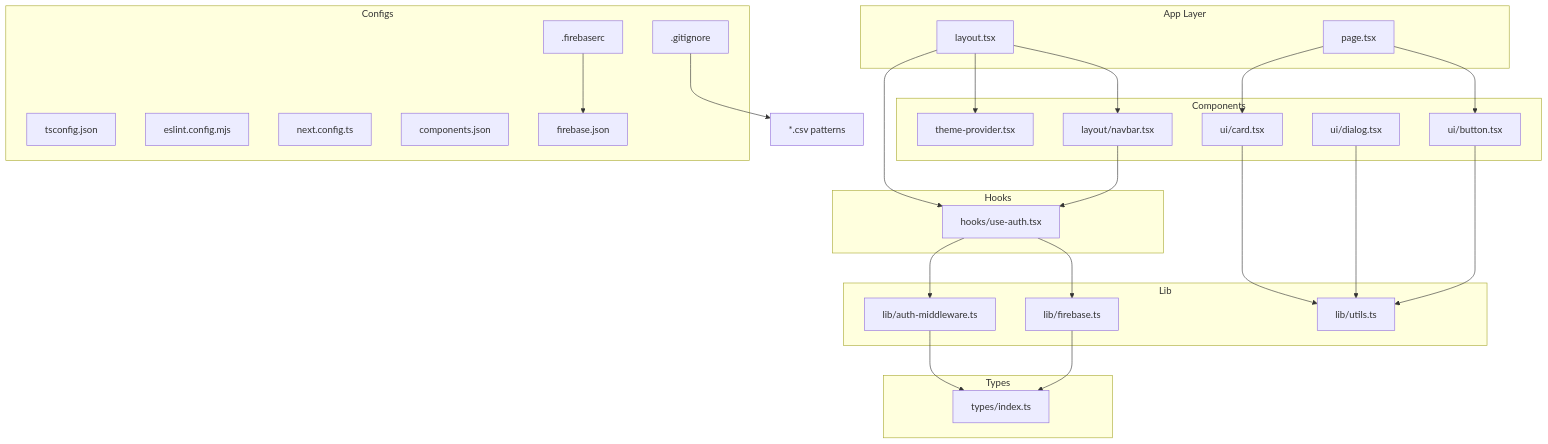
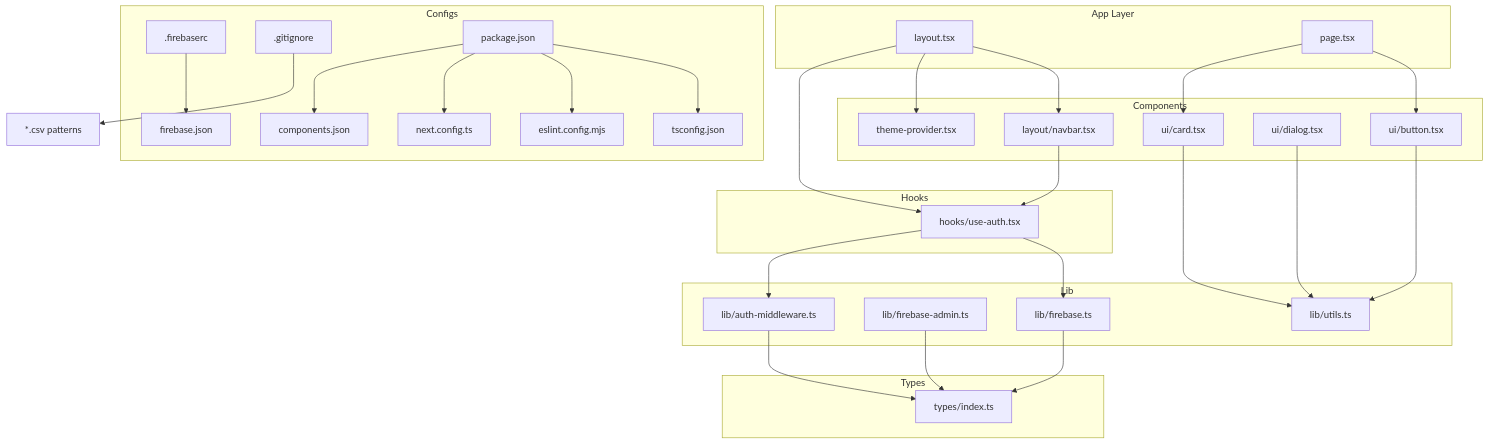
Before and after one commit to alikizang/datafrica: the first of 7 diagrams in .qoder/repowiki/en/content/Development Guidelines/Development Guidelines.md, drawn with Mermaid. The commit also changed other lines of this file and 21 other files, not shown here.

````diff
--- a/.qoder/repowiki/en/content/Development Guidelines/Development Guidelines.md
+++ b/.qoder/repowiki/en/content/Development Guidelines/Development Guidelines.md
@@ -69,49 +76,56 @@
 ```mermaid
 graph TB
 subgraph "App Layer"
 L["layout.tsx"]
 H["page.tsx"]
 end
 subgraph "Components"
 NB["layout/navbar.tsx"]
 BTN["ui/button.tsx"]
 CARD["ui/card.tsx"]
 DLG["ui/dialog.tsx"]
 TP["theme-provider.tsx"]
 end
 subgraph "Hooks"
 UA["hooks/use-auth.tsx"]
 end
 subgraph "Lib"
 FB["lib/firebase.ts"]
+FBA["lib/firebase-admin.ts"]
 AMW["lib/auth-middleware.ts"]
 U["lib/utils.ts"]
 end
 subgraph "Types"
 T["types/index.ts"]
 end
 subgraph "Configs"
 TS["tsconfig.json"]
 ESL["eslint.config.mjs"]
 NX["next.config.ts"]
 CMP["components.json"]
 FRB[".firebaserc"]
 FJB["firebase.json"]
 GI[".gitignore"]
+PKG["package.json"]
 end
 L --> NB
 L --> TP
 L --> UA
 H --> BTN
 H --> CARD
 UA --> FB
 UA --> AMW
 NB --> UA
 BTN --> U
 CARD --> U
 DLG --> U
 FB --> T
+FBA --> T
 AMW --> T
 FRB --> FJB
 GI --> CSV["*.csv patterns"]
+PKG --> TS
+PKG --> ESL
+PKG --> NX
+PKG --> CMP
 ```
````
